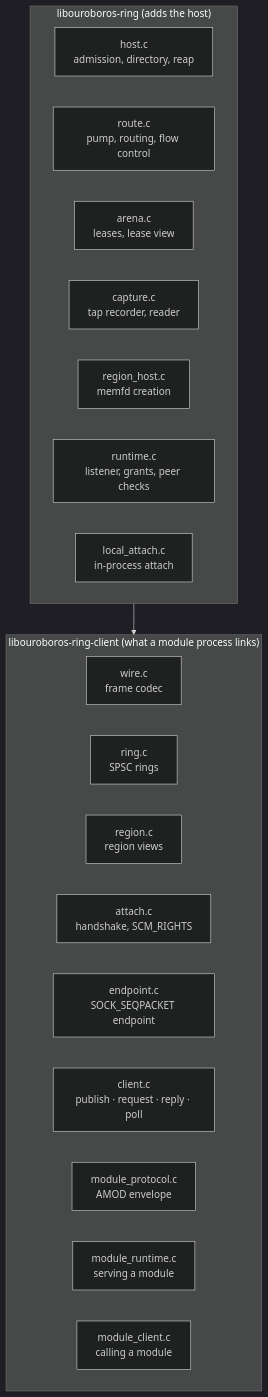
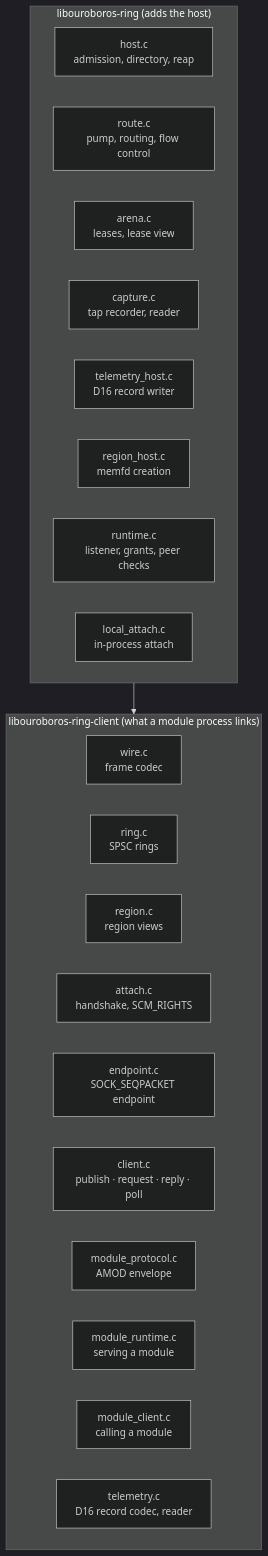
The fourth of 4 diagrams in docs/architecture.md (RakuenSoftware/ouroboros-ring), drawn with Mermaid (dark theme) before and after one commit. The commit also changed other lines of this file and 15 other files, not shown here.

````diff
--- a/docs/architecture.md
+++ b/docs/architecture.md
@@ -170,26 +173,28 @@
 ```mermaid
 flowchart TB
     subgraph client["libouroboros-ring-client (what a module process links)"]
         direction LR
         wire["wire.c<br/>frame codec"]
         ring["ring.c<br/>SPSC rings"]
         region["region.c<br/>region views"]
         attach["attach.c<br/>handshake, SCM_RIGHTS"]
         endpoint["endpoint.c<br/>SOCK_SEQPACKET endpoint"]
         cli["client.c<br/>publish · request · reply · poll"]
         mproto["module_protocol.c<br/>AMOD envelope"]
         mrun["module_runtime.c<br/>serving a module"]
         mcli["module_client.c<br/>calling a module"]
+        tread["telemetry.c<br/>D16 record codec, reader"]
     end
     subgraph hostlib["libouroboros-ring (adds the host)"]
         direction LR
         host["host.c<br/>admission, directory, reap"]
         route["route.c<br/>pump, routing, flow control"]
         arena["arena.c<br/>leases, lease view"]
         capture["capture.c<br/>tap recorder, reader"]
+        tlm["telemetry_host.c<br/>D16 record writer"]
         rhost["region_host.c<br/>memfd creation"]
         runtime["runtime.c<br/>listener, grants, peer checks"]
         local["local_attach.c<br/>in-process attach"]
     end
     hostlib --> client
 ```
````
